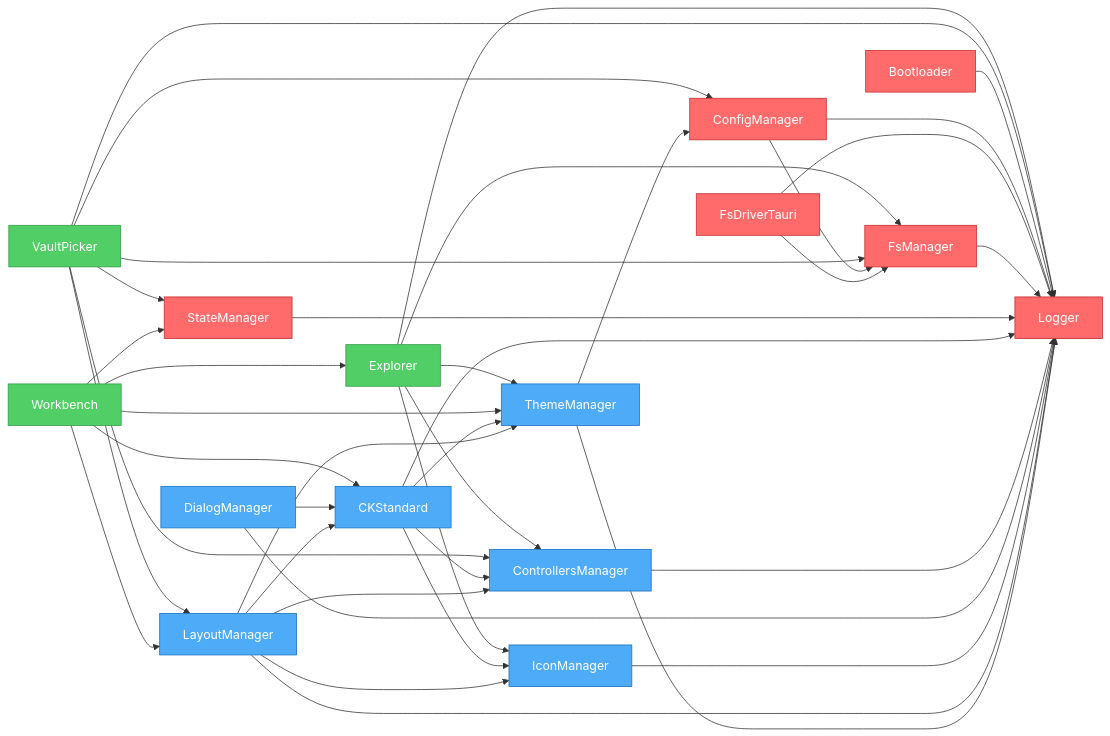
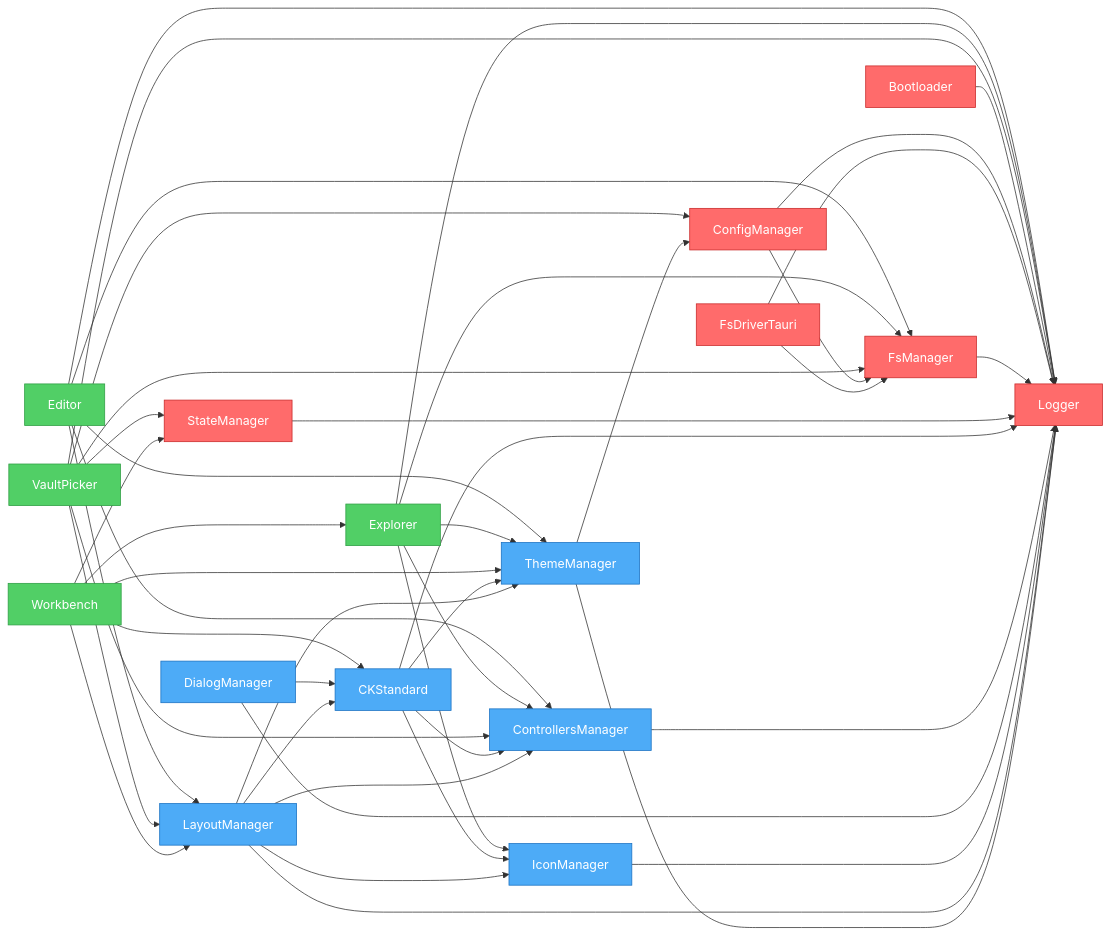
Before and after one commit to khton-tech/notehub.md: the diagram in artifacts/graph.mmd, drawn with Mermaid. The commit also changed 20 other files, not shown here.

```diff
--- a/artifacts/graph.mmd
+++ b/artifacts/graph.mmd
@@ -1,63 +1,69 @@
 flowchart LR
+    nh_features_editor["Editor"]
     nh_features_explorer["Explorer"]
     nh_features_vault-picker["VaultPicker"]
     nh_features_workbench["Workbench"]
     nh_system_bootloader["Bootloader"]
     nh_system_config-manager["ConfigManager"]
     nh_system_fs-driver-tauri["FsDriverTauri"]
+    nh_system_logger["Logger"]
     nh_system_fs-manager["FsManager"]
-    nh_system_logger["Logger"]
     nh_system_state-manager["StateManager"]
     nh_ui_ck-standard["CKStandard"]
     nh_ui_controllers-manager["ControllersManager"]
     nh_ui_dialog-manager["DialogManager"]
     nh_ui_icon-manager["IconManager"]
     nh_ui_layout-manager["LayoutManager"]
     nh_ui_theme-manager["ThemeManager"]
+    nh_features_editor --> nh_system_fs-manager
+    nh_features_editor --> nh_system_logger
+    nh_features_editor --> nh_ui_theme-manager
+    nh_features_editor --> nh_ui_layout-manager
+    nh_features_editor --> nh_ui_controllers-manager
     nh_features_explorer --> nh_system_fs-manager
     nh_features_explorer --> nh_system_logger
     nh_features_explorer --> nh_ui_controllers-manager
     nh_features_explorer --> nh_ui_icon-manager
     nh_features_explorer --> nh_ui_theme-manager
     nh_features_vault-picker --> nh_system_fs-manager
     nh_features_vault-picker --> nh_system_config-manager
     nh_features_vault-picker --> nh_system_state-manager
     nh_features_vault-picker --> nh_system_logger
     nh_features_vault-picker --> nh_ui_controllers-manager
     nh_features_vault-picker --> nh_ui_layout-manager
     nh_features_workbench --> nh_ui_layout-manager
     nh_features_workbench --> nh_ui_theme-manager
     nh_features_workbench --> nh_ui_ck-standard
     nh_features_workbench --> nh_system_state-manager
     nh_features_workbench --> nh_features_explorer
     nh_system_bootloader --> nh_system_logger
     nh_system_config-manager --> nh_system_logger
     nh_system_config-manager --> nh_system_fs-manager
     nh_system_fs-driver-tauri --> nh_system_logger
     nh_system_fs-driver-tauri --> nh_system_fs-manager
     nh_system_fs-manager --> nh_system_logger
     nh_system_state-manager --> nh_system_logger
     nh_ui_ck-standard --> nh_system_logger
     nh_ui_ck-standard --> nh_ui_controllers-manager
     nh_ui_ck-standard --> nh_ui_icon-manager
     nh_ui_ck-standard --> nh_ui_theme-manager
     nh_ui_controllers-manager --> nh_system_logger
     nh_ui_dialog-manager --> nh_system_logger
     nh_ui_dialog-manager --> nh_ui_ck-standard
     nh_ui_icon-manager --> nh_system_logger
     nh_ui_layout-manager --> nh_system_logger
     nh_ui_layout-manager --> nh_ui_theme-manager
     nh_ui_layout-manager --> nh_ui_icon-manager
     nh_ui_layout-manager --> nh_ui_controllers-manager
     nh_ui_layout-manager --> nh_ui_ck-standard
     nh_ui_theme-manager --> nh_system_logger
     nh_ui_theme-manager --> nh_system_config-manager
 
     %% Styles
     classDef system fill:#ff6b6b,stroke:#c92a2a,color:#fff
     classDef ui fill:#4dabf7,stroke:#1971c2,color:#fff
     classDef feature fill:#51cf66,stroke:#2f9e44,color:#fff
+    class nh_features_editor,nh_features_vault-picker feature
     class nh_features_explorer,nh_features_workbench feature
-    class nh_features_vault-picker feature
-    class nh_system_bootloader,nh_system_config-manager,nh_system_fs-driver-tauri,nh_system_fs-manager,nh_system_logger,nh_system_state-manager system
+    class nh_system_bootloader,nh_system_config-manager,nh_system_fs-driver-tauri,nh_system_logger,nh_system_fs-manager,nh_system_state-manager system
     class nh_ui_ck-standard,nh_ui_controllers-manager,nh_ui_dialog-manager,nh_ui_icon-manager,nh_ui_layout-manager,nh_ui_theme-manager ui
```
